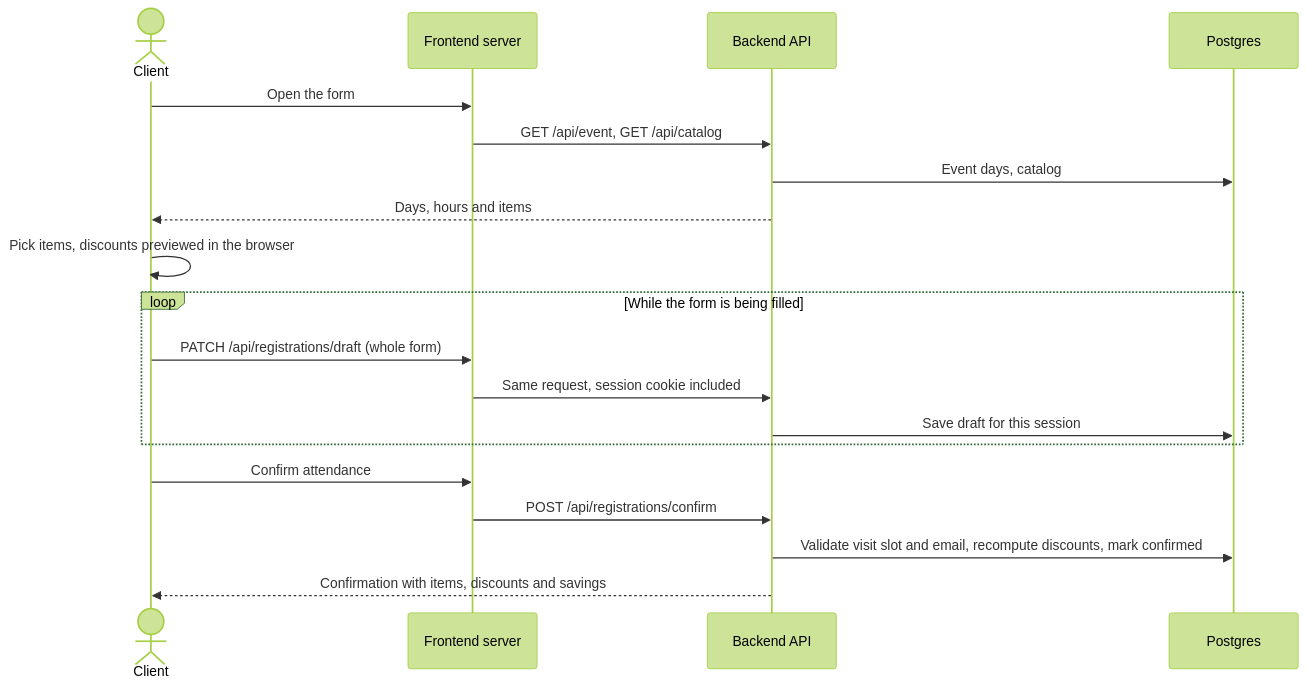
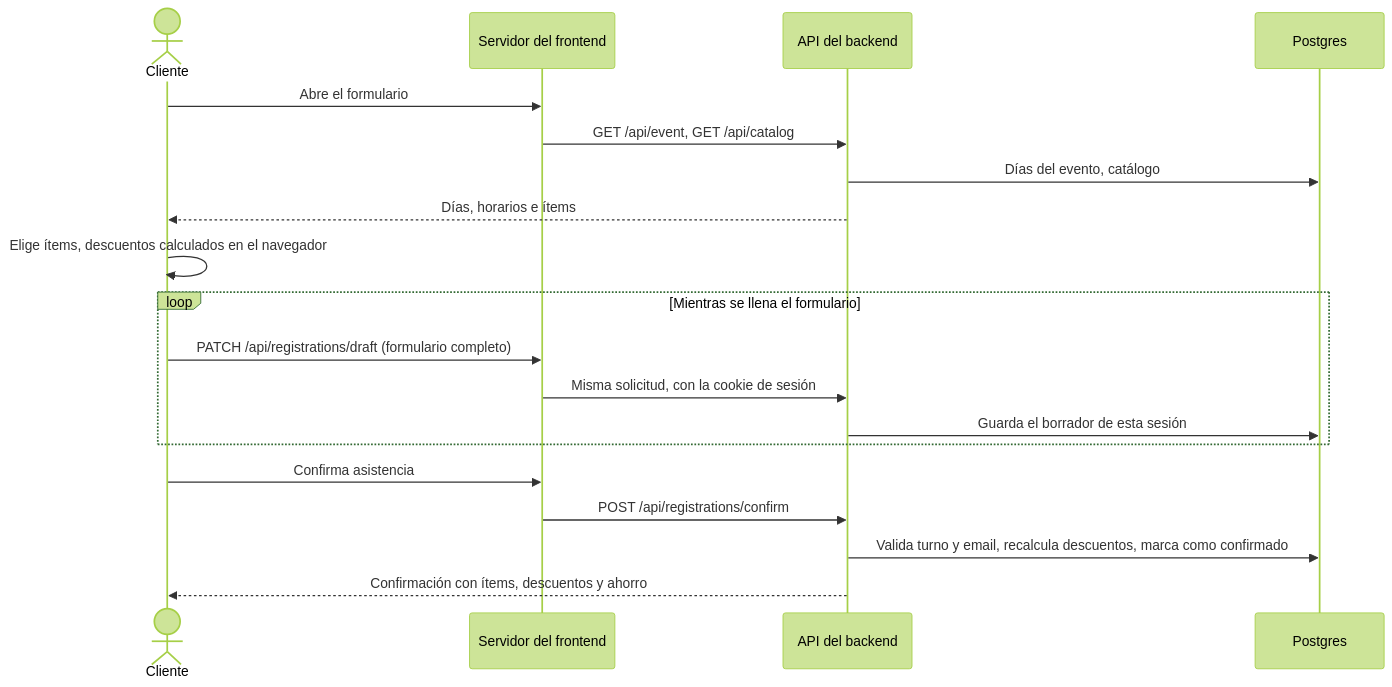
The diagram in README.md (dquancruz/Feria-Promociones), drawn with Mermaid (forest theme) before and after one commit. The commit also changed other lines of this file, not shown here.

````diff
--- a/README.md
+++ b/README.md
@@ -195,22 +201,22 @@
 ```mermaid
 sequenceDiagram
-  actor C as Client
-  participant F as Frontend server
-  participant B as Backend API
+  actor C as Cliente
+  participant F as Servidor del frontend
+  participant B as API del backend
   participant D as Postgres
 
-  C->>F: Open the form
+  C->>F: Abre el formulario
   F->>B: GET /api/event, GET /api/catalog
-  B->>D: Event days, catalog
-  B-->>C: Days, hours and items
-  C->>C: Pick items, discounts previewed in the browser
-  loop While the form is being filled
-    C->>F: PATCH /api/registrations/draft (whole form)
-    F->>B: Same request, session cookie included
-    B->>D: Save draft for this session
+  B->>D: Días del evento, catálogo
+  B-->>C: Días, horarios e ítems
+  C->>C: Elige ítems, descuentos calculados en el navegador
+  loop Mientras se llena el formulario
+    C->>F: PATCH /api/registrations/draft (formulario completo)
+    F->>B: Misma solicitud, con la cookie de sesión
+    B->>D: Guarda el borrador de esta sesión
   end
-  C->>F: Confirm attendance
+  C->>F: Confirma asistencia
   F->>B: POST /api/registrations/confirm
-  B->>D: Validate visit slot and email, recompute discounts, mark confirmed
-  B-->>C: Confirmation with items, discounts and savings
+  B->>D: Valida turno y email, recalcula descuentos, marca como confirmado
+  B-->>C: Confirmación con ítems, descuentos y ahorro
 ```
````
